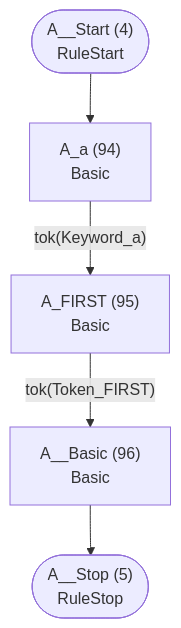
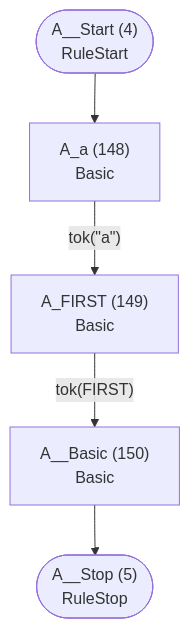
The third of 41 diagrams in internal/languages/completion/atn.md (TypeFox/fastbelt), drawn with Mermaid before and after one commit. The commit also changed other lines of this file and 36 other files, not shown here.

````diff
--- a/internal/languages/completion/atn.md
+++ b/internal/languages/completion/atn.md
@@ -139,13 +184,13 @@
 ```mermaid
 flowchart TD
     q4(["A__Start (4)<br/>RuleStart"])
     q5(["A__Stop (5)<br/>RuleStop"])
-    q94["A_a (94)<br/>Basic<br/>"]
-    q95["A_FIRST (95)<br/>Basic<br/>"]
-    q96["A__Basic (96)<br/>Basic<br/>"]
+    q148["A_a (148)<br/>Basic<br/>"]
+    q149["A_FIRST (149)<br/>Basic<br/>"]
+    q150["A__Basic (150)<br/>Basic<br/>"]
 
-    q4 --> q94
-    q94 -->|"tok(Keyword_a)"| q95
-    q95 -->|"tok(Token_FIRST)"| q96
-    q96 --> q5
+    q4 --> q148
+    q148 -->|"tok(&quot;a&quot;)"| q149
+    q149 -->|"tok(FIRST)"| q150
+    q150 --> q5
 ```
````
